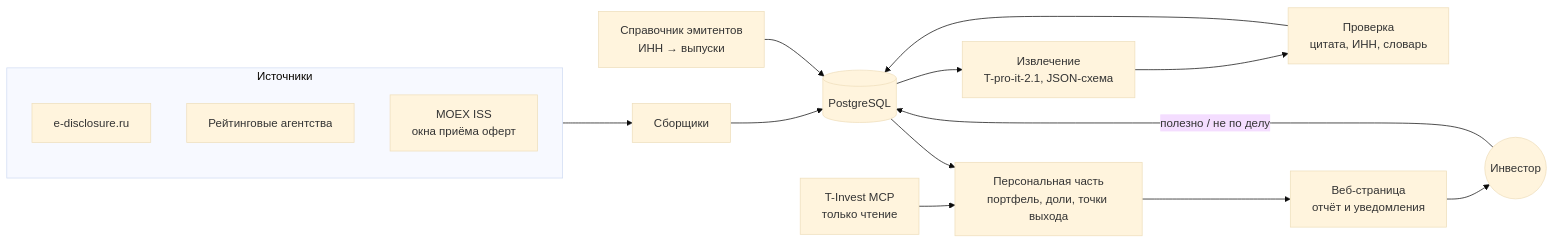
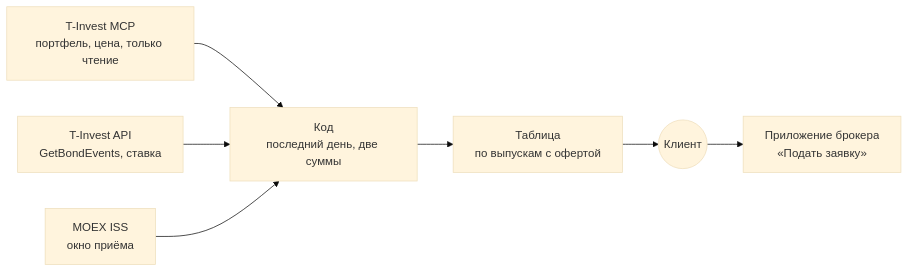
One commit to mawarzd/portfolio-event-radar changed the diagram in README.md. Above: the diagram before and after it, drawn with Mermaid (base theme). The commit also changed other lines of this file, not shown here.

Commit message:
README: продукт по пут-офертам — последний день подачи и две суммы, без сводки новостей

````diff
--- a/README.md
+++ b/README.md
@@ -63,25 +61,15 @@
 ```mermaid
 flowchart LR
-    subgraph SRC["Источники"]
-        DISC["e-disclosure.ru"]
-        RA["Рейтинговые агентства"]
-        ISS["MOEX ISS<br/>окна приёма оферт"]
-    end
+    MCP["T-Invest MCP<br/>портфель, цена, только чтение"]
+    API["T-Invest API<br/>GetBondEvents, ставка"]
+    ISS["MOEX ISS<br/>окно приёма"]
+    CODE["Код<br/>последний день, две суммы"]
+    UI["Таблица<br/>по выпускам с офертой"]
+    USER(("Клиент"))
+    APP["Приложение брокера<br/>«Подать заявку»"]
 
-    COL["Сборщики"]
-    DIR["Справочник эмитентов<br/>ИНН → выпуски"]
-    EXT["Извлечение<br/>T-pro-it-2.1, JSON-схема"]
-    VER["Проверка<br/>цитата, ИНН, словарь"]
-    DB[("PostgreSQL")]
-    PERS["Персональная часть<br/>портфель, доли, точки выхода"]
-    MCP["T-Invest MCP<br/>только чтение"]
-    UI["Веб-страница<br/>отчёт и уведомления"]
-    USER(("Инвестор"))
-
-    SRC --> COL --> DB
-    DB --> EXT --> VER --> DB
-    DIR --> DB
-    MCP --> PERS
-    DB --> PERS --> UI --> USER
-    USER -->|"полезно / не по делу"| DB
+    MCP --> CODE
+    API --> CODE
+    ISS --> CODE
+    CODE --> UI --> USER --> APP
 ```
````
